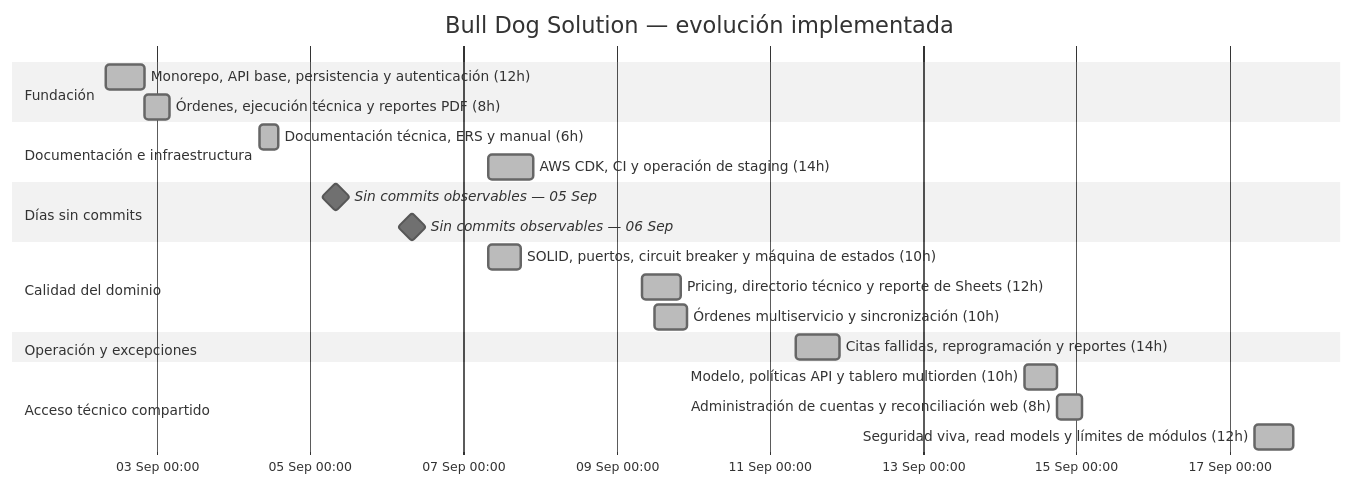
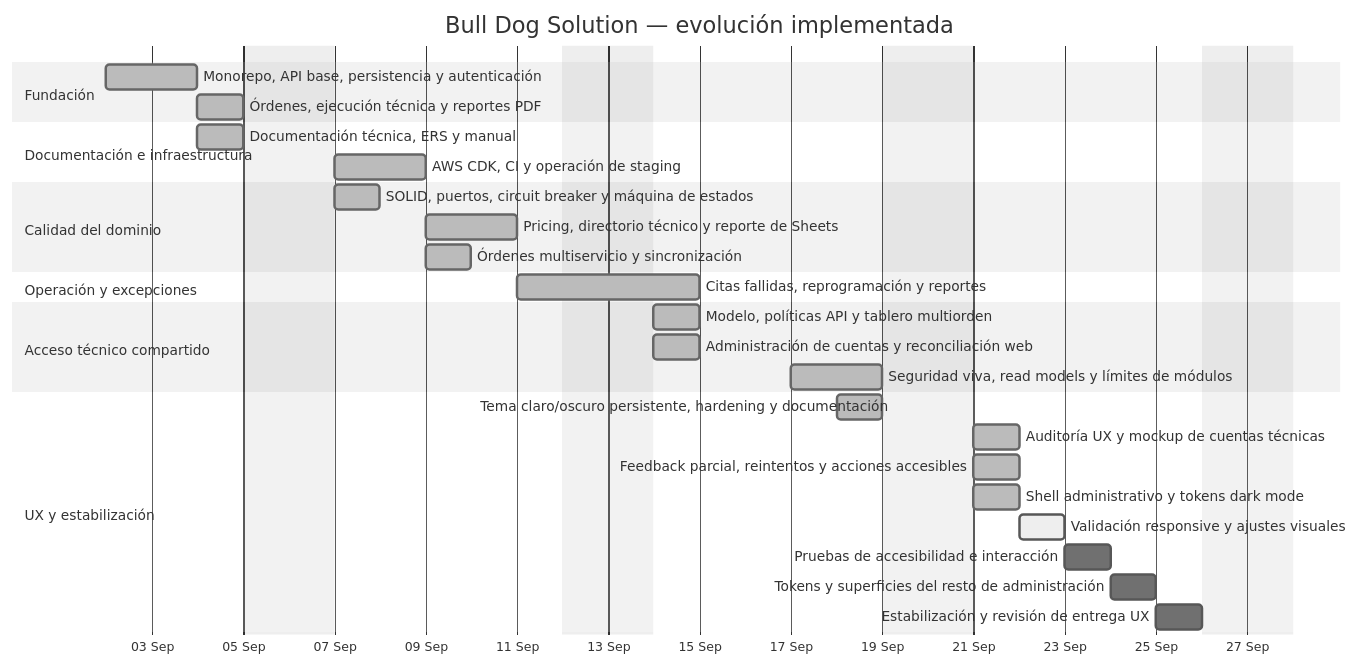
Before and after one commit to luistorres-idt/puk: the diagram in docs/project-timeline.md, drawn with Mermaid (neutral theme). The commit also changed other lines of this file, not shown here.

Commit message:
docs: update project timeline

````diff
--- a/docs/project-timeline.md
+++ b/docs/project-timeline.md
@@ -11,32 +10,39 @@
 ```mermaid
 gantt
     title Bull Dog Solution — evolución implementada
-    dateFormat  YYYY-MM-DD HH:mm
-    axisFormat  %d %b %H:%M
+    dateFormat  YYYY-MM-DD
+    axisFormat  %d %b
     todayMarker stroke-width:2,stroke:#ef4444
+    excludes weekends
 
     section Fundación
-    Monorepo, API base, persistencia y autenticación (12h) :done, foundation, 2026-09-02 08:00, 12h
-    Órdenes, ejecución técnica y reportes PDF (8h)          :done, core, after foundation, 8h
+    Monorepo, API base, persistencia y autenticación :done, foundation, 2026-09-02, 2d
+    Órdenes, ejecución técnica y reportes PDF        :done, core, after foundation, 1d
 
     section Documentación e infraestructura
-    Documentación técnica, ERS y manual (6h)            :done, docs, 2026-09-04 08:00, 6h
-    AWS CDK, CI y operación de staging (14h)            :done, infra, 2026-09-07 08:00, 14h
-
-    section Días sin commits
-    Sin commits observables — 05 Sep                :milestone, pause-05, 2026-09-05 08:00, 0h
-    Sin commits observables — 06 Sep                :milestone, pause-06, 2026-09-06 08:00, 0h
+    Documentación técnica, ERS y manual        :done, docs, 2026-09-04, 1d
+    AWS CDK, CI y operación de staging         :done, infra, 2026-09-07, 2d
 
     section Calidad del dominio
-    SOLID, puertos, circuit breaker y máquina de estados (10h) :done, solid, 2026-09-07 08:00, 10h
-    Pricing, directorio técnico y reporte de Sheets (12h)     :done, pricing, 2026-09-09 08:00, 12h
-    Órdenes multiservicio y sincronización (10h)              :done, multiservice, 2026-09-09 12:00, 10h
+    SOLID, puertos, circuit breaker y máquina de estados :done, solid, 2026-09-07, 1d
+    Pricing, directorio técnico y reporte de Sheets     :done, pricing, 2026-09-09, 2d
+    Órdenes multiservicio y sincronización              :done, multiservice, 2026-09-09, 1d
 
     section Operación y excepciones
-    Citas fallidas, reprogramación y reportes (14h)     :done, failed, 2026-09-11 08:00, 14h
+    Citas fallidas, reprogramación y reportes           :done, failed, 2026-09-11, 2d
 
     section Acceso técnico compartido
-    Modelo, políticas API y tablero multiorden (10h)    :done, shared-api, 2026-09-14 08:00, 10h
-    Administración de cuentas y reconciliación web (8h) :done, shared-web, 2026-09-14 18:00, 8h
-    Seguridad viva, read models y límites de módulos (12h) :done, hardening, 2026-09-17 08:00, 12h
+    Modelo, políticas API y tablero multiorden    :done, shared-api, 2026-09-14, 1d
+    Administración de cuentas y reconciliación web :done, shared-web, 2026-09-14, 1d
+    Seguridad viva, read models y límites de módulos :done, hardening, 2026-09-17, 2d
+
+    section UX y estabilización
+    Tema claro/oscuro persistente, hardening y documentación :done, staging-ux, 2026-09-18, 1d
+    Auditoría UX y mockup de cuentas técnicas              :done, ux-audit, 2026-09-21, 1d
+    Feedback parcial, reintentos y acciones accesibles    :done, ux-accounts, 2026-09-21, 1d
+    Shell administrativo y tokens dark mode                :done, ux-shell, 2026-09-21, 1d
+    Validación responsive y ajustes visuales               :active, ux-validation, 2026-09-22, 1d
+    Pruebas de accesibilidad e interacción                 :ux-a11y, 2026-09-23, 1d
+    Tokens y superficies del resto de administración       :ux-admin, 2026-09-24, 1d
+    Estabilización y revisión de entrega UX                :ux-handoff, 2026-09-25, 1d
 ```
````
